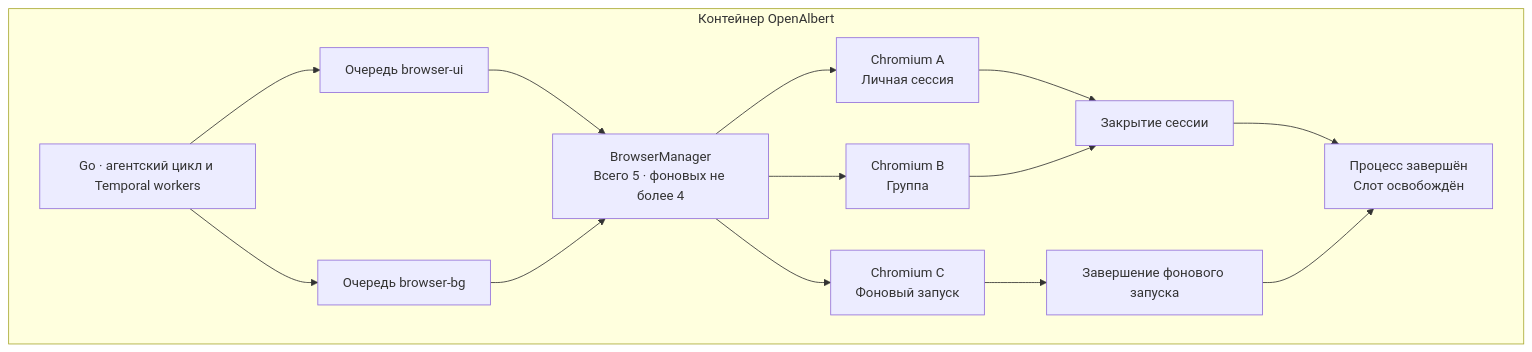
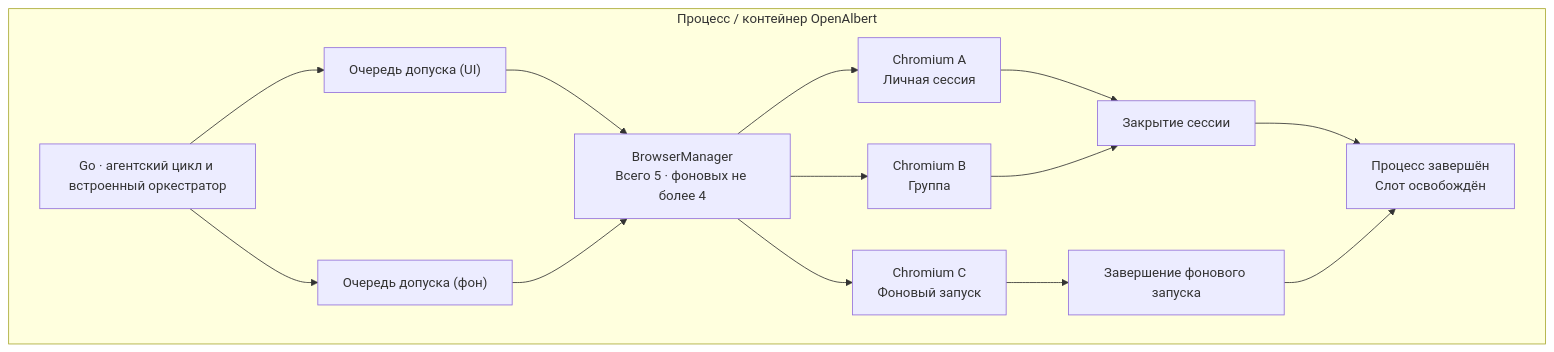
Before and after one commit to mishankov/OpenAlbert: the diagram in docs/diagrams/browser-sessions.mmd, drawn with Mermaid. The commit also changed 201 other files, not shown here.

First line of the commit message:
refactor: enable single-binary and single-container deployment without Temporal, Postgres, or MinIO (#83)

```diff
--- a/docs/diagrams/browser-sessions.mmd
+++ b/docs/diagrams/browser-sessions.mmd
@@ -1,17 +1,17 @@
 flowchart TD
     accTitle: Браузеры сессий OpenAlbert
-    accDescr: В одном контейнере BrowserManager выделяет до пяти независимых Chromium. Фоновые запуски занимают максимум четыре. Интерактивный браузер закрывается вместе с сессией, фоновый в конце запуска.
-    subgraph Container["Контейнер OpenAlbert"]
-      Core["Go · агентский цикл и Temporal workers"] --> UI["Очередь browser-ui"]
-      Core --> BG["Очередь browser-bg"]
+    accDescr: В одном процессе BrowserManager выделяет до пяти независимых Chromium. Фоновые запуски занимают максимум четыре. Интерактивный браузер закрывается вместе с сессией, фоновый в конце запуска.
+    subgraph Container["Процесс / контейнер OpenAlbert"]
+      Core["Go · агентский цикл и встроенный оркестратор"] --> UI["Очередь допуска (UI)"]
+      Core --> BG["Очередь допуска (фон)"]
       UI --> Pool["BrowserManager<br/>Всего 5 · фоновых не более 4"]
       BG --> Pool
       Pool --> A["Chromium A<br/>Личная сессия"]
       Pool --> B["Chromium B<br/>Группа"]
       Pool --> C["Chromium C<br/>Фоновый запуск"]
       A --> End["Закрытие сессии"]
       B --> End
       C --> Finish["Завершение фонового запуска"]
       End --> Free["Процесс завершён<br/>Слот освобождён"]
       Finish --> Free
     end
```
